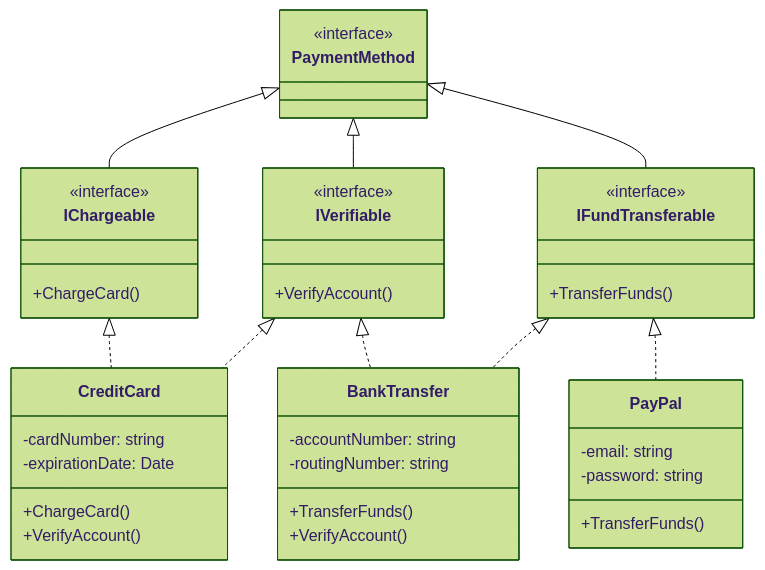
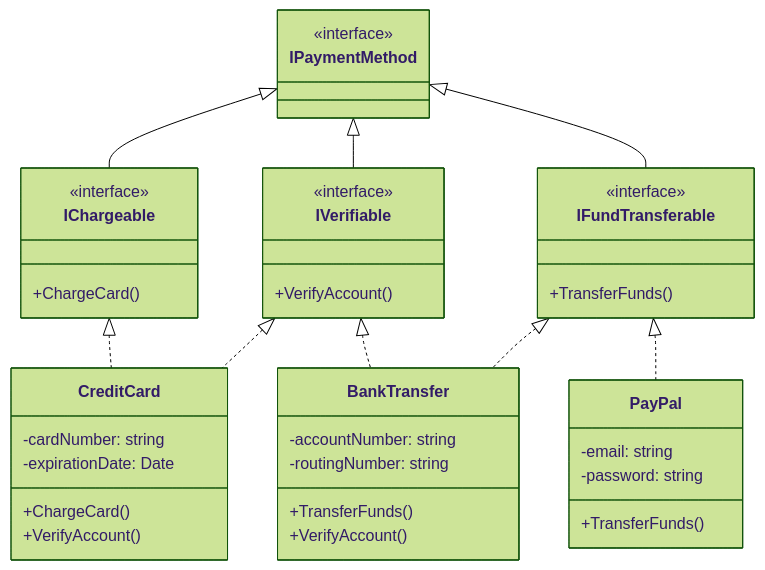
One commit to xolghadr/SOLID changed the fourth of 5 diagrams in README.md. Above: the diagram before and after it, drawn with Mermaid (forest theme).

Commit message:
Fix typo in ISP diagram

````diff
--- a/README.md
+++ b/README.md
@@ -200,53 +200,53 @@
 ```mermaid
 classDiagram
-    class PaymentMethod {
+    class IPaymentMethod {
         <<interface>>
     }
 
     class IChargeable {
         <<interface>>
         +ChargeCard()
     }
 
     class IFundTransferable {
         <<interface>>
         +TransferFunds()
     }
 
     class IVerifiable {
         <<interface>>
         +VerifyAccount()
     }
 
     class CreditCard {
         -cardNumber: string
         -expirationDate: Date
         +ChargeCard()
         +VerifyAccount()
     }
 
     class PayPal {
         -email: string
         -password: string
         +TransferFunds()
     }
 
     class BankTransfer {
         -accountNumber: string
         -routingNumber: string
         +TransferFunds()
         +VerifyAccount()
     }
 
     IChargeable <|.. CreditCard
     IVerifiable <|.. CreditCard
 
     IVerifiable <|.. BankTransfer
     IFundTransferable <|.. BankTransfer
 
     IFundTransferable <|.. PayPal
 
-    PaymentMethod <|-- IChargeable
-    PaymentMethod <|-- IFundTransferable
-    PaymentMethod <|-- IVerifiable
+    IPaymentMethod <|-- IChargeable
+    IPaymentMethod <|-- IFundTransferable
+    IPaymentMethod <|-- IVerifiable
 ```
````
